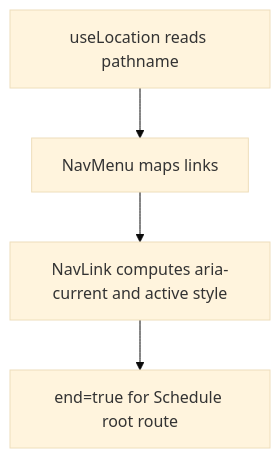
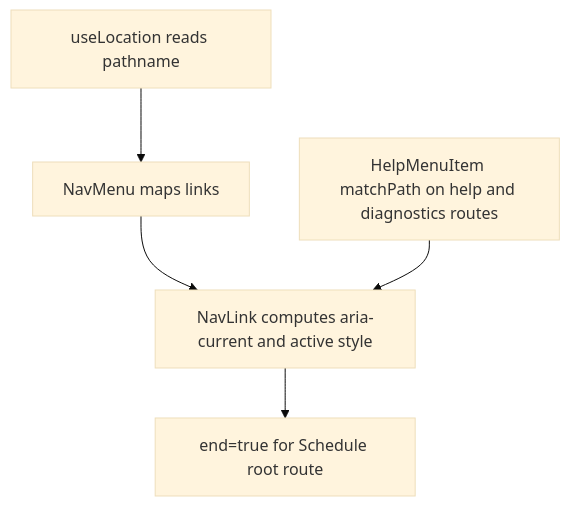
The second of 2 diagrams in user-stories/navigation/US-NAV-02-active-section-indicated.md (Kevinjohn/capacitylens), drawn with Mermaid (base theme) before and after one commit. The commit also changed other lines of this file and 35 other files, not shown here.

````diff
--- a/user-stories/navigation/US-NAV-02-active-section-indicated.md
+++ b/user-stories/navigation/US-NAV-02-active-section-indicated.md
@@ -34,6 +34,7 @@
 ```mermaid
 flowchart TD
   loc["useLocation reads pathname"] --> menu["NavMenu maps links"]
   menu --> nav["NavLink computes aria-current and active style"]
   nav --> root["end=true for Schedule root route"]
+  help["HelpMenuItem matchPath on help and diagnostics routes"] --> nav
 ```
````
